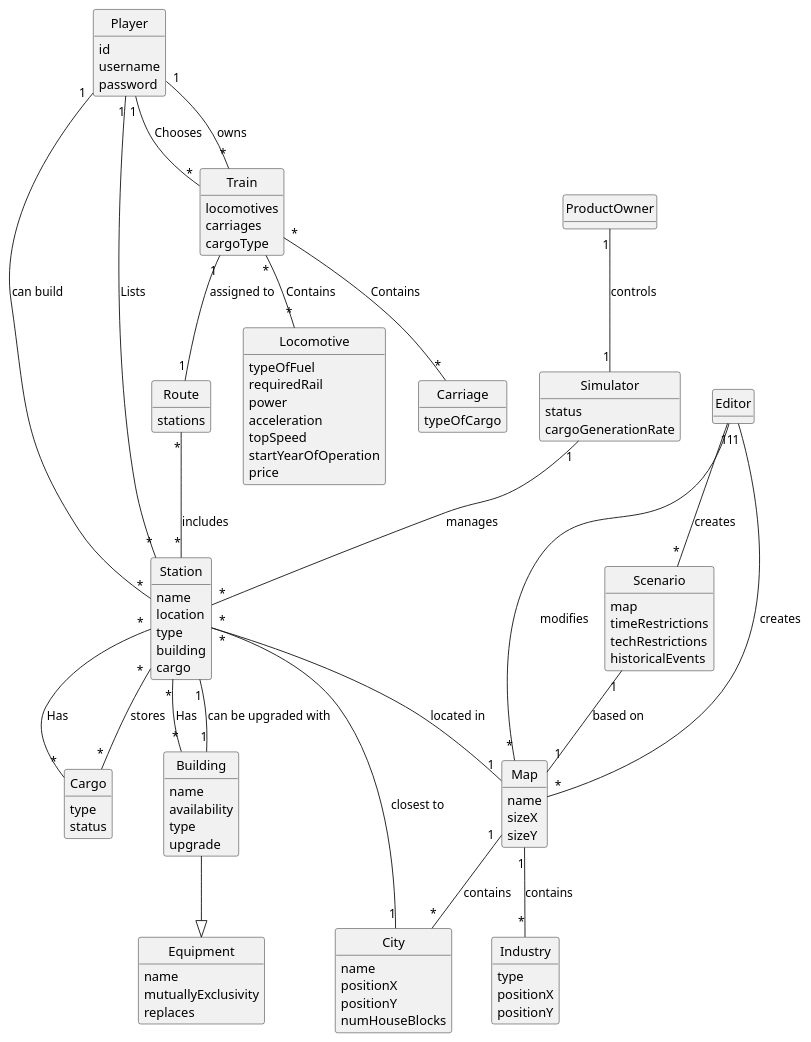
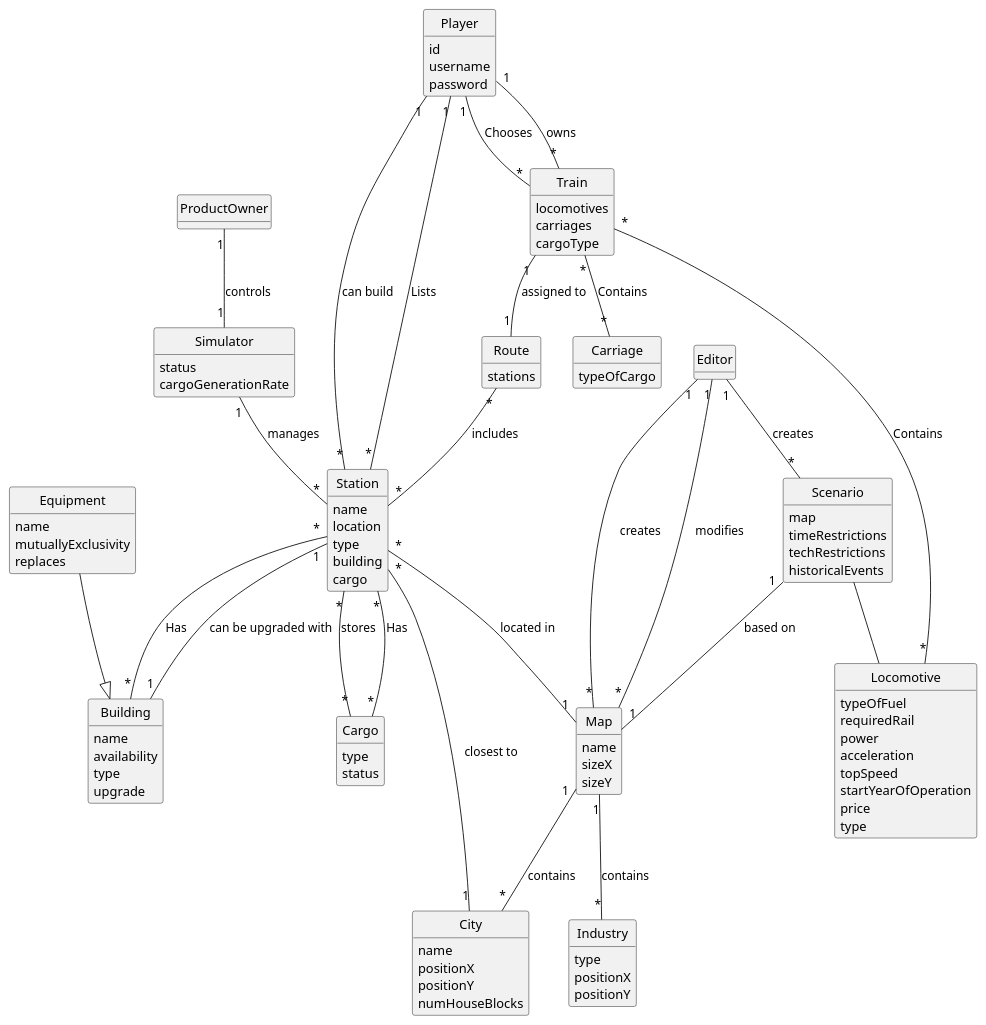
Before and after one commit to goncalolopesp/sem2-pi-24.25-g093-repo: the diagram in docs/system-documentation/global-artifacts/02.analysis/puml/analysis.puml, drawn with PlantUML. The commit also changed 3 other files, not shown here.

Commit message:
Updated the Domain Model Diagram svg

```diff
--- a/docs/system-documentation/global-artifacts/02.analysis/puml/analysis.puml
+++ b/docs/system-documentation/global-artifacts/02.analysis/puml/analysis.puml
@@ -1,134 +1,136 @@
 @startuml
 skinparam monochrome true
 skinparam packageStyle rectangle
 skinparam shadowing false
 
 'left to right direction
 
 skinparam classAttributeIconSize 0
 
 hide circle
 hide methods
 
 'title Domain Model
 
 class Map {
      name
      sizeX
      sizeY
 }
 
 class Industry {
     type
     positionX
     positionY
 }
 
 class City {
     name
     positionX
     positionY
     numHouseBlocks
 }
 
 class Scenario {
     map
     timeRestrictions
     techRestrictions
     historicalEvents
 }
 
 class Station {
     name
     location
     type
     building
     cargo
 }
 
 class Building {
     name
     availability
     type
     upgrade
 }
 
 class Cargo{
     type
     status
 }
 
 class Equipment {
     name
     mutuallyExclusivity
     replaces
 }
 
 class Train{
     locomotives
     carriages
     cargoType
 }
 
 class Route {
     stations
 }
 
 class Locomotive{
     typeOfFuel
     requiredRail
     power
     acceleration
     topSpeed
     startYearOfOperation
     price
+    type
 }
 
 class Carriage{
     typeOfCargo
 }
 
 class Simulator {
     status
     cargoGenerationRate
 }
 
 class Editor {
     + createMap(name: String, width: int, height: int)
 }
 
 class ProductOwner {
 }
 
 class Player {
     id
     username
     password
     + buyTrain(carriage: Carriage, locomotive: Locomotive)
 }
 
 Editor "1" -- "*" Scenario : creates
 Scenario "1" -- "1" Map : based on
 Editor "1"--"*" Map : creates
 Editor "1"--"*" Map : modifies
 Map "1"--"*" Industry : contains
 Map "1"--"*" City : contains
 Station "*" -- "1" Map : located in
 Station "*" -- "1" City : closest to
 Player "1" -- "*" Station : can build
-Building --|> Equipment
+Equipment --|> Building
 Station "1" -- "1" Building : can be upgraded with
 Player "1"--"*" Station : Lists
 Station "*"--"*" Building : Has
 Station "*"--"*" Cargo : Has
 Player "1"--"*" Train : Chooses
 Train "*"--"*" Locomotive : Contains
 Train "*"--"*" Carriage : Contains
 Player "1" -- "*" Train : owns
 Train "1" -- "1" Route : assigned to
 Route "*" -- "*" Station : includes
 ProductOwner "1" -- "1" Simulator : controls
 Simulator "1" -- "*" Station : manages
 Station "*" -- "*" Cargo : stores
+Scenario -- Locomotive
 
 @enduml
```
